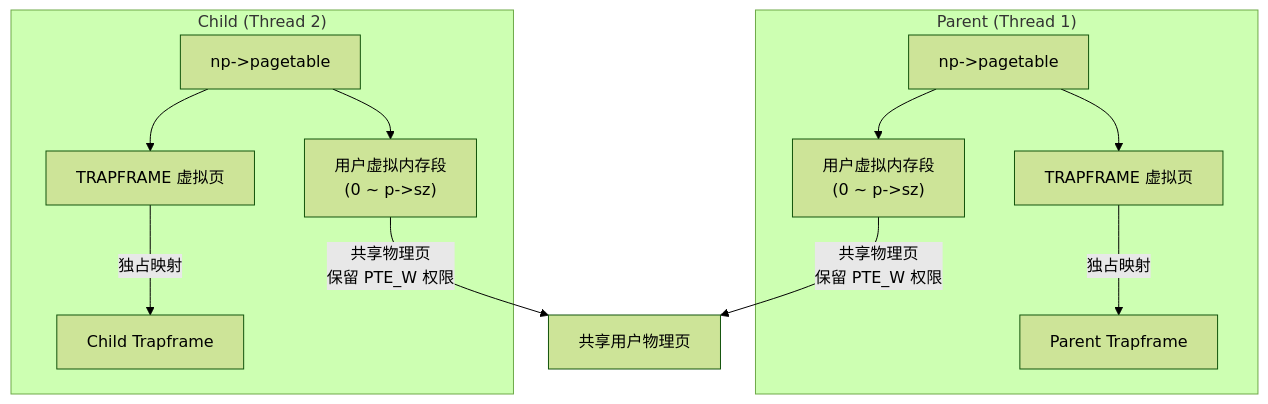
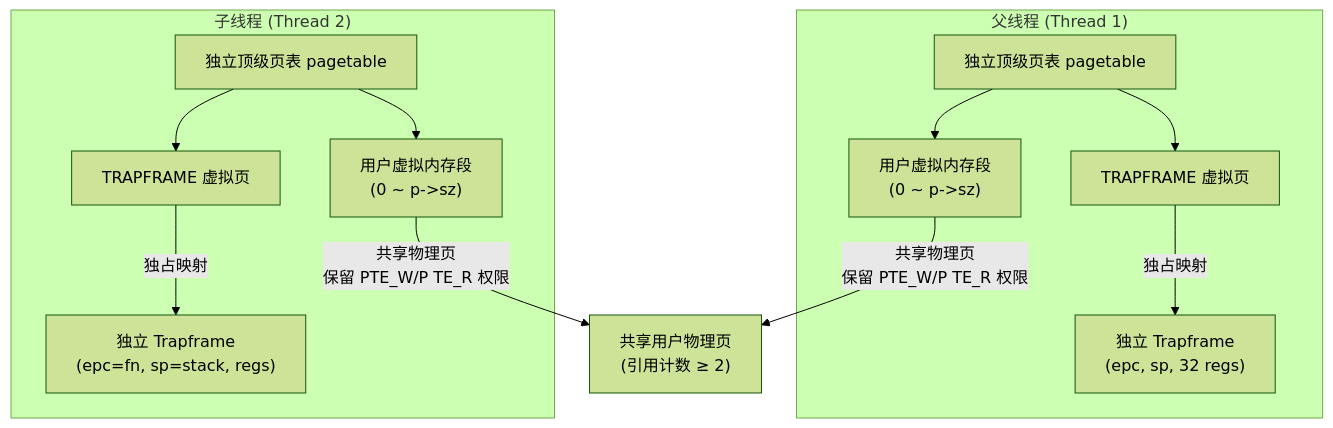
One commit to yuuichi33/OS changed the fourth of 5 diagrams in docs/final_report.md. Above: the diagram before and after it, drawn with Mermaid (forest theme). The commit also changed other lines of this file, not shown here.

````diff
--- a/docs/final_report.md
+++ b/docs/final_report.md
@@ -744,29 +860,29 @@
 ```mermaid
 flowchart TB
-    subgraph P["Parent (Thread 1)"]
-        PGT["np->pagetable"]
+    subgraph P["父线程 (Thread 1)"]
+        PGT["独立顶级页表 pagetable"]
         PTV["TRAPFRAME 虚拟页"]
-        PTF["Parent Trapframe"]
+        PTF["独立 Trapframe<br/>(epc, sp, 32 regs)"]
         PUV["用户虚拟内存段<br/>(0 ~ p->sz)"]
 
         PGT --> PTV
         PTV -->|独占映射| PTF
         PGT --> PUV
     end
 
-    subgraph C["Child (Thread 2)"]
-        CGT["np->pagetable"]
+    subgraph C["子线程 (Thread 2)"]
+        CGT["独立顶级页表 pagetable"]
         CTV["TRAPFRAME 虚拟页"]
-        CTF["Child Trapframe"]
+        CTF["独立 Trapframe<br/>(epc=fn, sp=stack, regs)"]
         CUV["用户虚拟内存段<br/>(0 ~ p->sz)"]
 
         CGT --> CTV
         CTV -->|独占映射| CTF
         CGT --> CUV
     end
 
-    SHARED["共享用户物理页"]
+    SHARED["共享用户物理页<br/>(引用计数 ≥ 2)"]
 
-    PUV -->|共享物理页<br/>保留 PTE_W 权限| SHARED
-    CUV -->|共享物理页<br/>保留 PTE_W 权限| SHARED
+    PUV -->|共享物理页<br/>保留 PTE_W/P TE_R 权限| SHARED
+    CUV -->|共享物理页<br/>保留 PTE_W/P TE_R 权限| SHARED
 ```
````
